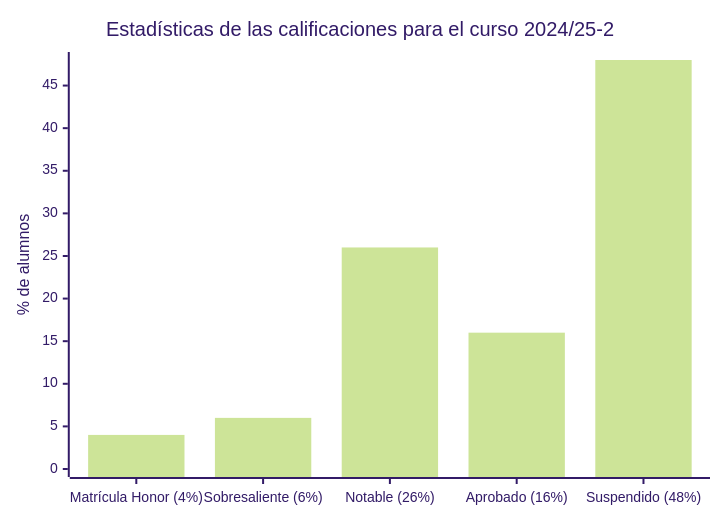
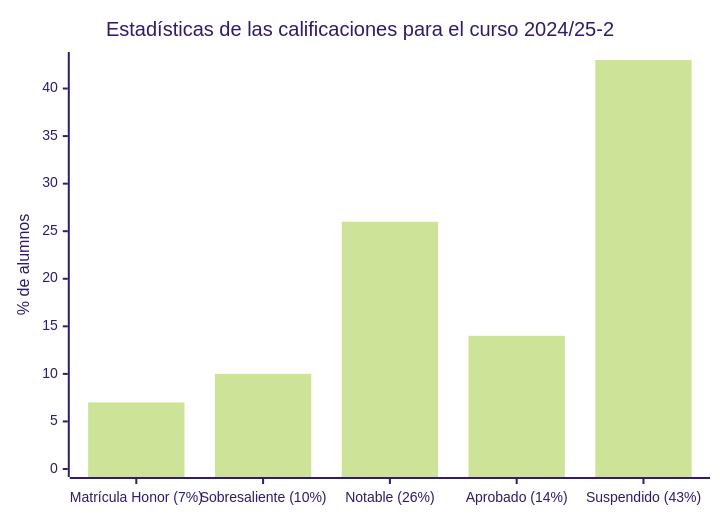
One commit to HenestrosaDev/uoc-ingenieria-informatica changed the diagram in fundamentos_de_computadores/README.md. Above: the diagram before and after it, drawn with Mermaid (forest theme). The commit also changed other lines of this file and 1 other file, not shown here.

Commit message:
FC: Añade calificación final

````diff
--- a/fundamentos_de_computadores/README.md
+++ b/fundamentos_de_computadores/README.md
@@ -14,7 +14,7 @@
 ```mermaid
 xychart-beta
 		title "Estadísticas de las calificaciones para el curso 2024/25-2"
-		x-axis ["Matrícula Honor (4%)", "Sobresaliente (6%)", "Notable (26%)", "Aprobado (16%)", "Suspendido (48%)"]
-		y-axis "% de alumnos" 0 --> 48
-		bar [4, 6, 26, 16, 48]
+		x-axis ["Matrícula Honor (7%)", "Sobresaliente (10%)", "Notable (26%)", "Aprobado (14%)", "Suspendido (43%)"]
+		y-axis "% de alumnos" 0 --> 43
+		bar [7, 10, 26, 14, 43]
 ```
````
